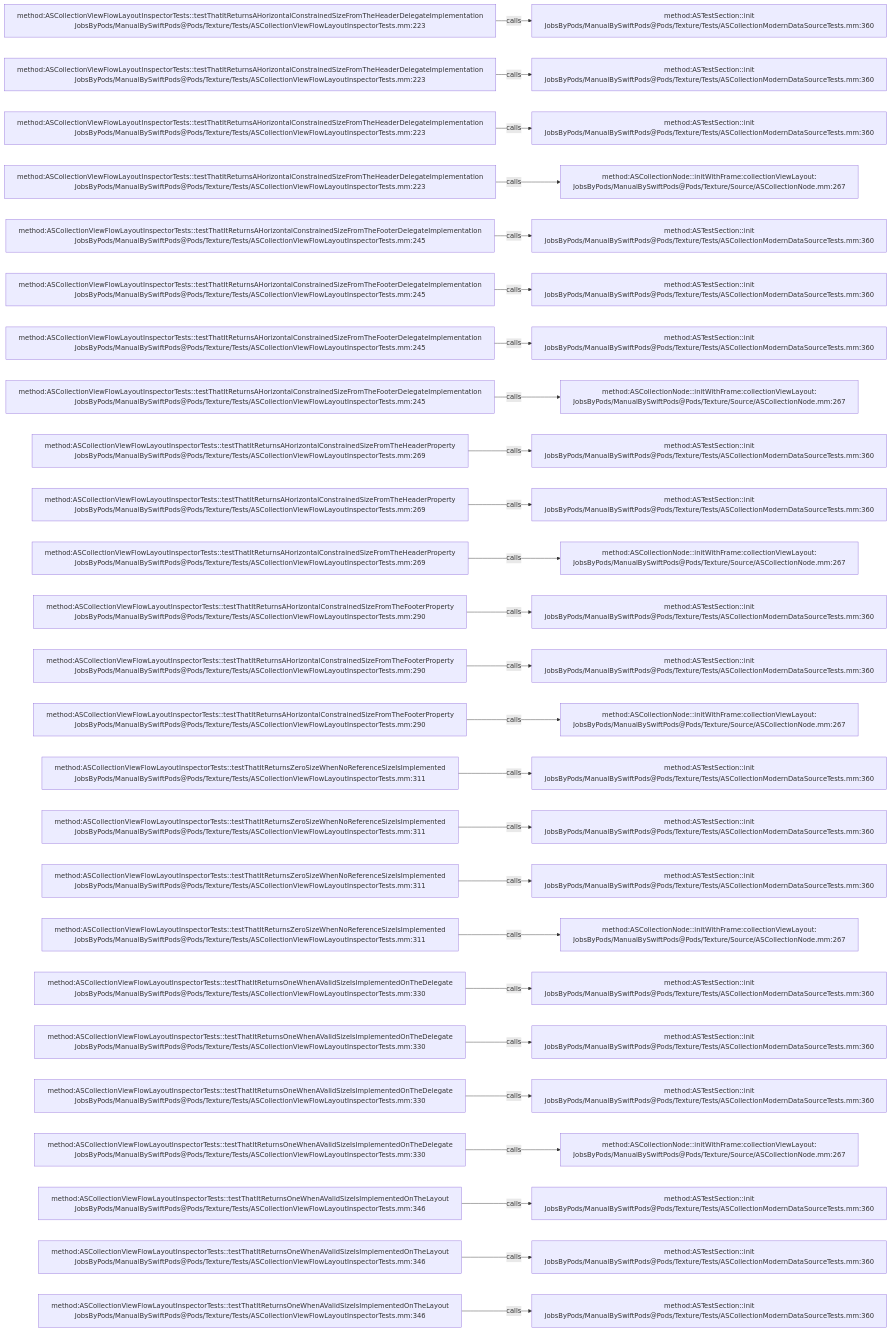
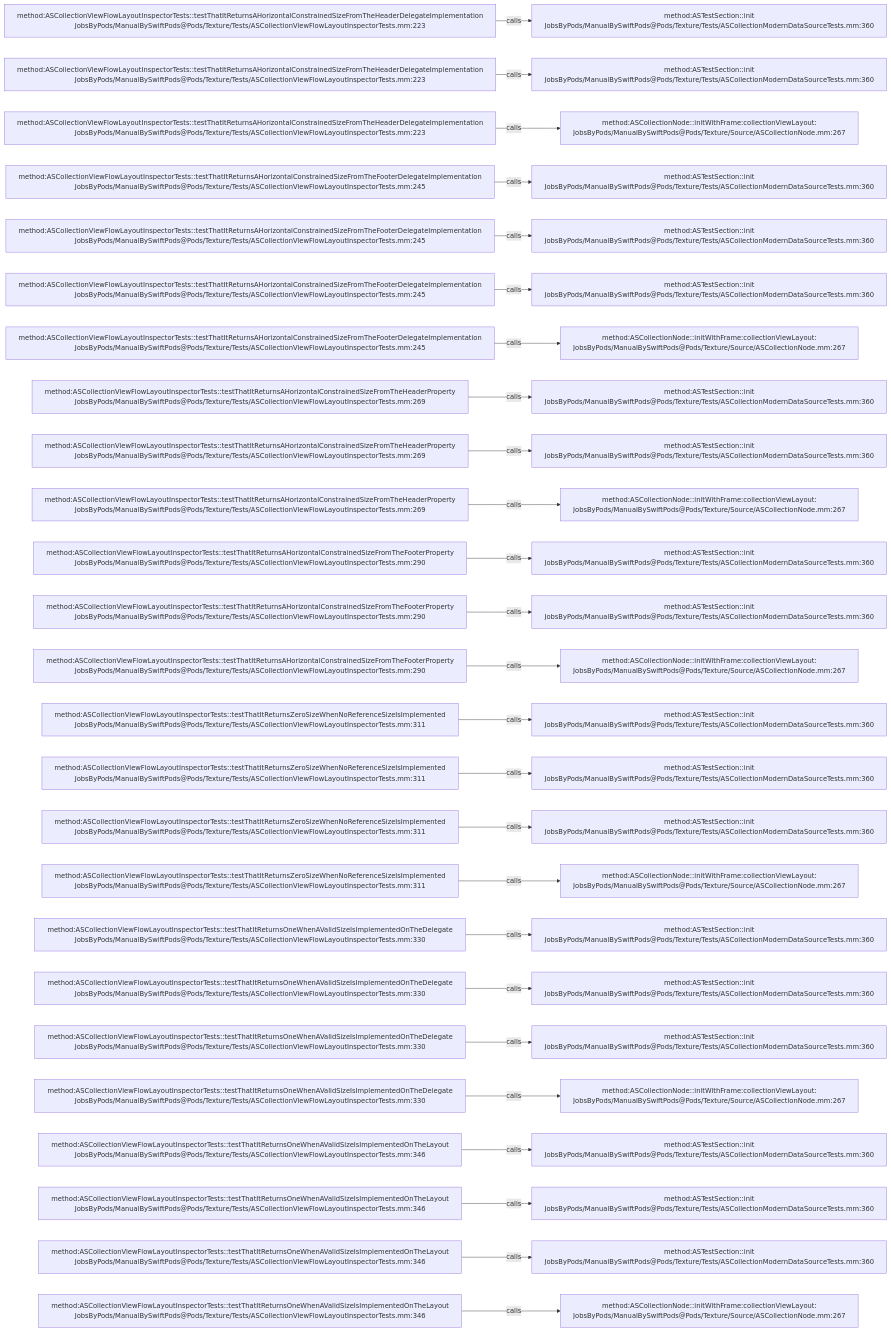
The diagram in .codegraph/codegraph.md/graphs/calls-169.md (JobsKits/JobsSwiftBaseConfigDemo), drawn with Mermaid before and after one commit. The commit also changed 747 other files, not shown here.

````diff
--- a/.codegraph/codegraph.md/graphs/calls-169.md
+++ b/.codegraph/codegraph.md/graphs/calls-169.md
@@ -13,78 +13,78 @@
 ```mermaid
 flowchart LR
   S1["method:ASCollectionViewFlowLayoutInspectorTests::testThatItReturnsAHorizontalConstrainedSizeFromTheHeaderDelegateImplementation<br/>JobsByPods/ManualBySwiftPods@Pods/Texture/Tests/ASCollectionViewFlowLayoutInspectorTests.mm:223"]
   T1["method:ASTestSection::init<br/>JobsByPods/ManualBySwiftPods@Pods/Texture/Tests/ASCollectionModernDataSourceTests.mm:360"]
   S1 -->|calls| T1
   S2["method:ASCollectionViewFlowLayoutInspectorTests::testThatItReturnsAHorizontalConstrainedSizeFromTheHeaderDelegateImplementation<br/>JobsByPods/ManualBySwiftPods@Pods/Texture/Tests/ASCollectionViewFlowLayoutInspectorTests.mm:223"]
   T2["method:ASTestSection::init<br/>JobsByPods/ManualBySwiftPods@Pods/Texture/Tests/ASCollectionModernDataSourceTests.mm:360"]
   S2 -->|calls| T2
   S3["method:ASCollectionViewFlowLayoutInspectorTests::testThatItReturnsAHorizontalConstrainedSizeFromTheHeaderDelegateImplementation<br/>JobsByPods/ManualBySwiftPods@Pods/Texture/Tests/ASCollectionViewFlowLayoutInspectorTests.mm:223"]
-  T3["method:ASTestSection::init<br/>JobsByPods/ManualBySwiftPods@Pods/Texture/Tests/ASCollectionModernDataSourceTests.mm:360"]
+  T3["method:ASCollectionNode::initWithFrame:collectionViewLayout:<br/>JobsByPods/ManualBySwiftPods@Pods/Texture/Source/ASCollectionNode.mm:267"]
   S3 -->|calls| T3
-  S4["method:ASCollectionViewFlowLayoutInspectorTests::testThatItReturnsAHorizontalConstrainedSizeFromTheHeaderDelegateImplementation<br/>JobsByPods/ManualBySwiftPods@Pods/Texture/Tests/ASCollectionViewFlowLayoutInspectorTests.mm:223"]
-  T4["method:ASCollectionNode::initWithFrame:collectionViewLayout:<br/>JobsByPods/ManualBySwiftPods@Pods/Texture/Source/ASCollectionNode.mm:267"]
+  S4["method:ASCollectionViewFlowLayoutInspectorTests::testThatItReturnsAHorizontalConstrainedSizeFromTheFooterDelegateImplementation<br/>JobsByPods/ManualBySwiftPods@Pods/Texture/Tests/ASCollectionViewFlowLayoutInspectorTests.mm:245"]
+  T4["method:ASTestSection::init<br/>JobsByPods/ManualBySwiftPods@Pods/Texture/Tests/ASCollectionModernDataSourceTests.mm:360"]
   S4 -->|calls| T4
   S5["method:ASCollectionViewFlowLayoutInspectorTests::testThatItReturnsAHorizontalConstrainedSizeFromTheFooterDelegateImplementation<br/>JobsByPods/ManualBySwiftPods@Pods/Texture/Tests/ASCollectionViewFlowLayoutInspectorTests.mm:245"]
   T5["method:ASTestSection::init<br/>JobsByPods/ManualBySwiftPods@Pods/Texture/Tests/ASCollectionModernDataSourceTests.mm:360"]
   S5 -->|calls| T5
   S6["method:ASCollectionViewFlowLayoutInspectorTests::testThatItReturnsAHorizontalConstrainedSizeFromTheFooterDelegateImplementation<br/>JobsByPods/ManualBySwiftPods@Pods/Texture/Tests/ASCollectionViewFlowLayoutInspectorTests.mm:245"]
   T6["method:ASTestSection::init<br/>JobsByPods/ManualBySwiftPods@Pods/Texture/Tests/ASCollectionModernDataSourceTests.mm:360"]
   S6 -->|calls| T6
   S7["method:ASCollectionViewFlowLayoutInspectorTests::testThatItReturnsAHorizontalConstrainedSizeFromTheFooterDelegateImplementation<br/>JobsByPods/ManualBySwiftPods@Pods/Texture/Tests/ASCollectionViewFlowLayoutInspectorTests.mm:245"]
-  T7["method:ASTestSection::init<br/>JobsByPods/ManualBySwiftPods@Pods/Texture/Tests/ASCollectionModernDataSourceTests.mm:360"]
+  T7["method:ASCollectionNode::initWithFrame:collectionViewLayout:<br/>JobsByPods/ManualBySwiftPods@Pods/Texture/Source/ASCollectionNode.mm:267"]
   S7 -->|calls| T7
-  S8["method:ASCollectionViewFlowLayoutInspectorTests::testThatItReturnsAHorizontalConstrainedSizeFromTheFooterDelegateImplementation<br/>JobsByPods/ManualBySwiftPods@Pods/Texture/Tests/ASCollectionViewFlowLayoutInspectorTests.mm:245"]
-  T8["method:ASCollectionNode::initWithFrame:collectionViewLayout:<br/>JobsByPods/ManualBySwiftPods@Pods/Texture/Source/ASCollectionNode.mm:267"]
+  S8["method:ASCollectionViewFlowLayoutInspectorTests::testThatItReturnsAHorizontalConstrainedSizeFromTheHeaderProperty<br/>JobsByPods/ManualBySwiftPods@Pods/Texture/Tests/ASCollectionViewFlowLayoutInspectorTests.mm:269"]
+  T8["method:ASTestSection::init<br/>JobsByPods/ManualBySwiftPods@Pods/Texture/Tests/ASCollectionModernDataSourceTests.mm:360"]
   S8 -->|calls| T8
   S9["method:ASCollectionViewFlowLayoutInspectorTests::testThatItReturnsAHorizontalConstrainedSizeFromTheHeaderProperty<br/>JobsByPods/ManualBySwiftPods@Pods/Texture/Tests/ASCollectionViewFlowLayoutInspectorTests.mm:269"]
   T9["method:ASTestSection::init<br/>JobsByPods/ManualBySwiftPods@Pods/Texture/Tests/ASCollectionModernDataSourceTests.mm:360"]
   S9 -->|calls| T9
   S10["method:ASCollectionViewFlowLayoutInspectorTests::testThatItReturnsAHorizontalConstrainedSizeFromTheHeaderProperty<br/>JobsByPods/ManualBySwiftPods@Pods/Texture/Tests/ASCollectionViewFlowLayoutInspectorTests.mm:269"]
-  T10["method:ASTestSection::init<br/>JobsByPods/ManualBySwiftPods@Pods/Texture/Tests/ASCollectionModernDataSourceTests.mm:360"]
+  T10["method:ASCollectionNode::initWithFrame:collectionViewLayout:<br/>JobsByPods/ManualBySwiftPods@Pods/Texture/Source/ASCollectionNode.mm:267"]
   S10 -->|calls| T10
-  S11["method:ASCollectionViewFlowLayoutInspectorTests::testThatItReturnsAHorizontalConstrainedSizeFromTheHeaderProperty<br/>JobsByPods/ManualBySwiftPods@Pods/Texture/Tests/ASCollectionViewFlowLayoutInspectorTests.mm:269"]
-  T11["method:ASCollectionNode::initWithFrame:collectionViewLayout:<br/>JobsByPods/ManualBySwiftPods@Pods/Texture/Source/ASCollectionNode.mm:267"]
+  S11["method:ASCollectionViewFlowLayoutInspectorTests::testThatItReturnsAHorizontalConstrainedSizeFromTheFooterProperty<br/>JobsByPods/ManualBySwiftPods@Pods/Texture/Tests/ASCollectionViewFlowLayoutInspectorTests.mm:290"]
+  T11["method:ASTestSection::init<br/>JobsByPods/ManualBySwiftPods@Pods/Texture/Tests/ASCollectionModernDataSourceTests.mm:360"]
   S11 -->|calls| T11
   S12["method:ASCollectionViewFlowLayoutInspectorTests::testThatItReturnsAHorizontalConstrainedSizeFromTheFooterProperty<br/>JobsByPods/ManualBySwiftPods@Pods/Texture/Tests/ASCollectionViewFlowLayoutInspectorTests.mm:290"]
   T12["method:ASTestSection::init<br/>JobsByPods/ManualBySwiftPods@Pods/Texture/Tests/ASCollectionModernDataSourceTests.mm:360"]
   S12 -->|calls| T12
   S13["method:ASCollectionViewFlowLayoutInspectorTests::testThatItReturnsAHorizontalConstrainedSizeFromTheFooterProperty<br/>JobsByPods/ManualBySwiftPods@Pods/Texture/Tests/ASCollectionViewFlowLayoutInspectorTests.mm:290"]
-  T13["method:ASTestSection::init<br/>JobsByPods/ManualBySwiftPods@Pods/Texture/Tests/ASCollectionModernDataSourceTests.mm:360"]
+  T13["method:ASCollectionNode::initWithFrame:collectionViewLayout:<br/>JobsByPods/ManualBySwiftPods@Pods/Texture/Source/ASCollectionNode.mm:267"]
   S13 -->|calls| T13
-  S14["method:ASCollectionViewFlowLayoutInspectorTests::testThatItReturnsAHorizontalConstrainedSizeFromTheFooterProperty<br/>JobsByPods/ManualBySwiftPods@Pods/Texture/Tests/ASCollectionViewFlowLayoutInspectorTests.mm:290"]
-  T14["method:ASCollectionNode::initWithFrame:collectionViewLayout:<br/>JobsByPods/ManualBySwiftPods@Pods/Texture/Source/ASCollectionNode.mm:267"]
+  S14["method:ASCollectionViewFlowLayoutInspectorTests::testThatItReturnsZeroSizeWhenNoReferenceSizeIsImplemented<br/>JobsByPods/ManualBySwiftPods@Pods/Texture/Tests/ASCollectionViewFlowLayoutInspectorTests.mm:311"]
+  T14["method:ASTestSection::init<br/>JobsByPods/ManualBySwiftPods@Pods/Texture/Tests/ASCollectionModernDataSourceTests.mm:360"]
   S14 -->|calls| T14
   S15["method:ASCollectionViewFlowLayoutInspectorTests::testThatItReturnsZeroSizeWhenNoReferenceSizeIsImplemented<br/>JobsByPods/ManualBySwiftPods@Pods/Texture/Tests/ASCollectionViewFlowLayoutInspectorTests.mm:311"]
   T15["method:ASTestSection::init<br/>JobsByPods/ManualBySwiftPods@Pods/Texture/Tests/ASCollectionModernDataSourceTests.mm:360"]
   S15 -->|calls| T15
   S16["method:ASCollectionViewFlowLayoutInspectorTests::testThatItReturnsZeroSizeWhenNoReferenceSizeIsImplemented<br/>JobsByPods/ManualBySwiftPods@Pods/Texture/Tests/ASCollectionViewFlowLayoutInspectorTests.mm:311"]
   T16["method:ASTestSection::init<br/>JobsByPods/ManualBySwiftPods@Pods/Texture/Tests/ASCollectionModernDataSourceTests.mm:360"]
   S16 -->|calls| T16
   S17["method:ASCollectionViewFlowLayoutInspectorTests::testThatItReturnsZeroSizeWhenNoReferenceSizeIsImplemented<br/>JobsByPods/ManualBySwiftPods@Pods/Texture/Tests/ASCollectionViewFlowLayoutInspectorTests.mm:311"]
-  T17["method:ASTestSection::init<br/>JobsByPods/ManualBySwiftPods@Pods/Texture/Tests/ASCollectionModernDataSourceTests.mm:360"]
+  T17["method:ASCollectionNode::initWithFrame:collectionViewLayout:<br/>JobsByPods/ManualBySwiftPods@Pods/Texture/Source/ASCollectionNode.mm:267"]
   S17 -->|calls| T17
-  S18["method:ASCollectionViewFlowLayoutInspectorTests::testThatItReturnsZeroSizeWhenNoReferenceSizeIsImplemented<br/>JobsByPods/ManualBySwiftPods@Pods/Texture/Tests/ASCollectionViewFlowLayoutInspectorTests.mm:311"]
-  T18["method:ASCollectionNode::initWithFrame:collectionViewLayout:<br/>JobsByPods/ManualBySwiftPods@Pods/Texture/Source/ASCollectionNode.mm:267"]
+  S18["method:ASCollectionViewFlowLayoutInspectorTests::testThatItReturnsOneWhenAValidSizeIsImplementedOnTheDelegate<br/>JobsByPods/ManualBySwiftPods@Pods/Texture/Tests/ASCollectionViewFlowLayoutInspectorTests.mm:330"]
+  T18["method:ASTestSection::init<br/>JobsByPods/ManualBySwiftPods@Pods/Texture/Tests/ASCollectionModernDataSourceTests.mm:360"]
   S18 -->|calls| T18
   S19["method:ASCollectionViewFlowLayoutInspectorTests::testThatItReturnsOneWhenAValidSizeIsImplementedOnTheDelegate<br/>JobsByPods/ManualBySwiftPods@Pods/Texture/Tests/ASCollectionViewFlowLayoutInspectorTests.mm:330"]
   T19["method:ASTestSection::init<br/>JobsByPods/ManualBySwiftPods@Pods/Texture/Tests/ASCollectionModernDataSourceTests.mm:360"]
   S19 -->|calls| T19
   S20["method:ASCollectionViewFlowLayoutInspectorTests::testThatItReturnsOneWhenAValidSizeIsImplementedOnTheDelegate<br/>JobsByPods/ManualBySwiftPods@Pods/Texture/Tests/ASCollectionViewFlowLayoutInspectorTests.mm:330"]
   T20["method:ASTestSection::init<br/>JobsByPods/ManualBySwiftPods@Pods/Texture/Tests/ASCollectionModernDataSourceTests.mm:360"]
   S20 -->|calls| T20
   S21["method:ASCollectionViewFlowLayoutInspectorTests::testThatItReturnsOneWhenAValidSizeIsImplementedOnTheDelegate<br/>JobsByPods/ManualBySwiftPods@Pods/Texture/Tests/ASCollectionViewFlowLayoutInspectorTests.mm:330"]
-  T21["method:ASTestSection::init<br/>JobsByPods/ManualBySwiftPods@Pods/Texture/Tests/ASCollectionModernDataSourceTests.mm:360"]
+  T21["method:ASCollectionNode::initWithFrame:collectionViewLayout:<br/>JobsByPods/ManualBySwiftPods@Pods/Texture/Source/ASCollectionNode.mm:267"]
   S21 -->|calls| T21
-  S22["method:ASCollectionViewFlowLayoutInspectorTests::testThatItReturnsOneWhenAValidSizeIsImplementedOnTheDelegate<br/>JobsByPods/ManualBySwiftPods@Pods/Texture/Tests/ASCollectionViewFlowLayoutInspectorTests.mm:330"]
-  T22["method:ASCollectionNode::initWithFrame:collectionViewLayout:<br/>JobsByPods/ManualBySwiftPods@Pods/Texture/Source/ASCollectionNode.mm:267"]
+  S22["method:ASCollectionViewFlowLayoutInspectorTests::testThatItReturnsOneWhenAValidSizeIsImplementedOnTheLayout<br/>JobsByPods/ManualBySwiftPods@Pods/Texture/Tests/ASCollectionViewFlowLayoutInspectorTests.mm:346"]
+  T22["method:ASTestSection::init<br/>JobsByPods/ManualBySwiftPods@Pods/Texture/Tests/ASCollectionModernDataSourceTests.mm:360"]
   S22 -->|calls| T22
   S23["method:ASCollectionViewFlowLayoutInspectorTests::testThatItReturnsOneWhenAValidSizeIsImplementedOnTheLayout<br/>JobsByPods/ManualBySwiftPods@Pods/Texture/Tests/ASCollectionViewFlowLayoutInspectorTests.mm:346"]
   T23["method:ASTestSection::init<br/>JobsByPods/ManualBySwiftPods@Pods/Texture/Tests/ASCollectionModernDataSourceTests.mm:360"]
   S23 -->|calls| T23
   S24["method:ASCollectionViewFlowLayoutInspectorTests::testThatItReturnsOneWhenAValidSizeIsImplementedOnTheLayout<br/>JobsByPods/ManualBySwiftPods@Pods/Texture/Tests/ASCollectionViewFlowLayoutInspectorTests.mm:346"]
   T24["method:ASTestSection::init<br/>JobsByPods/ManualBySwiftPods@Pods/Texture/Tests/ASCollectionModernDataSourceTests.mm:360"]
   S24 -->|calls| T24
   S25["method:ASCollectionViewFlowLayoutInspectorTests::testThatItReturnsOneWhenAValidSizeIsImplementedOnTheLayout<br/>JobsByPods/ManualBySwiftPods@Pods/Texture/Tests/ASCollectionViewFlowLayoutInspectorTests.mm:346"]
-  T25["method:ASTestSection::init<br/>JobsByPods/ManualBySwiftPods@Pods/Texture/Tests/ASCollectionModernDataSourceTests.mm:360"]
+  T25["method:ASCollectionNode::initWithFrame:collectionViewLayout:<br/>JobsByPods/ManualBySwiftPods@Pods/Texture/Source/ASCollectionNode.mm:267"]
   S25 -->|calls| T25
 ```
````
